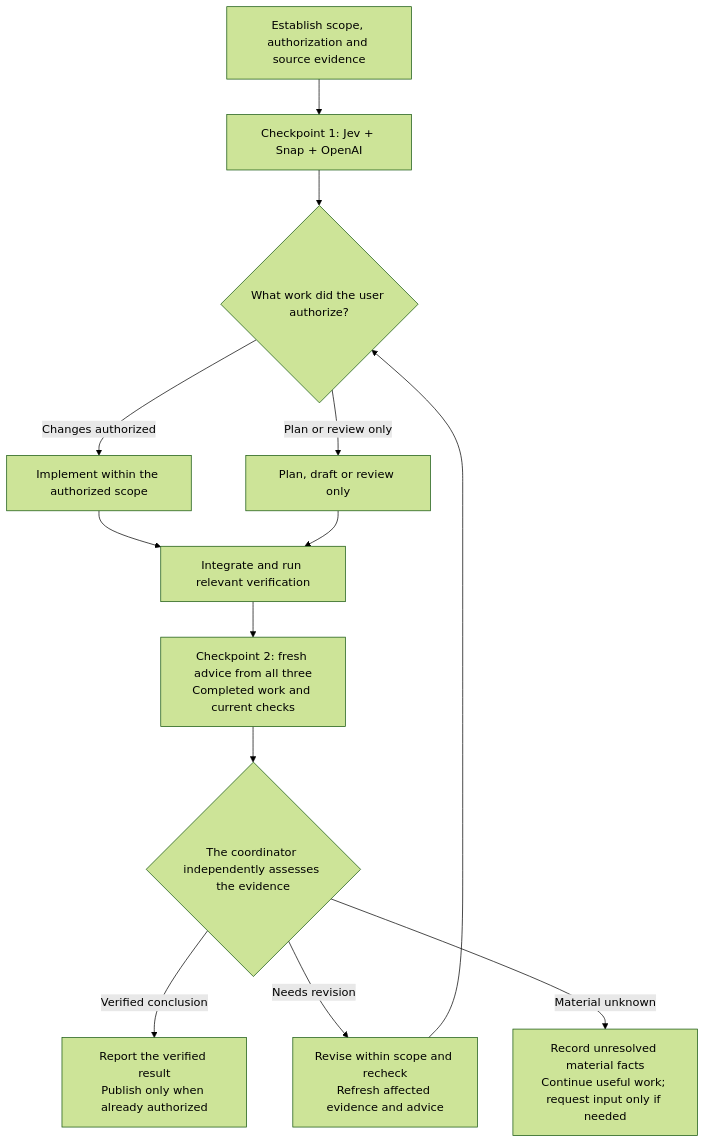
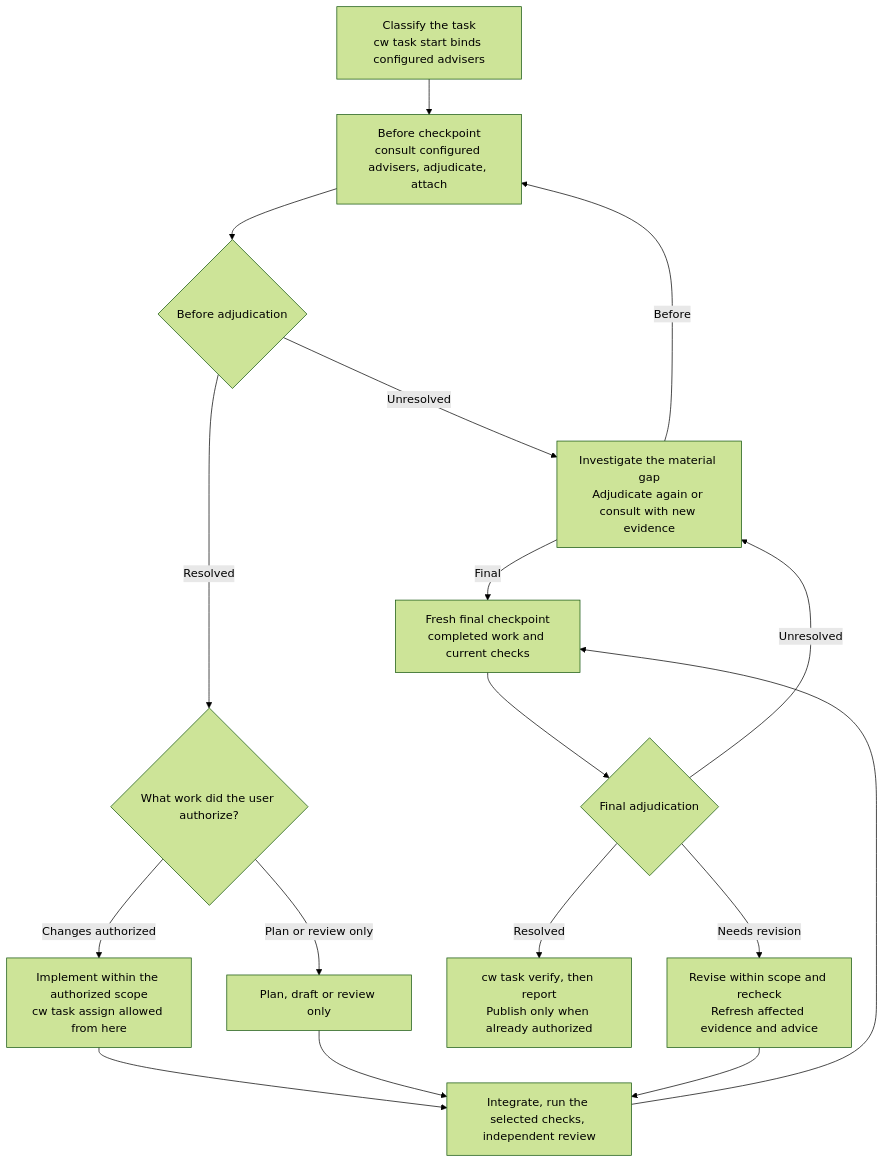
The first of 2 diagrams in docs/decision-flow.md (belevtsev/agent-workflows), drawn with Mermaid (forest theme) before and after one commit. The commit also changed other lines of this file and 272 other files, not shown here.

````diff
--- a/docs/decision-flow.md
+++ b/docs/decision-flow.md
@@ -14,25 +19,30 @@
 ```mermaid
 flowchart TD
-    Scope[Establish scope, authorization and source evidence]
-    First[Checkpoint 1: Jev + Snap + OpenAI]
+    Classify[Classify the task<br/>cw task start binds configured advisers]
+    Before[Before checkpoint<br/>consult configured advisers, adjudicate, attach]
+    BeforeOK{Before adjudication}
     Mode{What work did the user authorize?}
-    Build[Implement within the authorized scope]
+    Build[Implement within the authorized scope<br/>cw task assign allowed from here]
     Draft[Plan, draft or review only]
-    Check[Integrate and run relevant verification]
-    Final[Checkpoint 2: fresh advice from all three<br/>Completed work and current checks]
-    Decide{The coordinator independently assesses the evidence}
-    Ready[Report the verified result<br/>Publish only when already authorized]
+    Check[Integrate, run the selected checks, independent review]
+    Final[Fresh final checkpoint<br/>completed work and current checks]
+    FinalOK{Final adjudication}
+    Ready[cw task verify, then report<br/>Publish only when already authorized]
     Rework[Revise within scope and recheck<br/>Refresh affected evidence and advice]
-    Unknown[Record unresolved material facts<br/>Continue useful work; request input only if needed]
+    Gap[Investigate the material gap<br/>Adjudicate again or consult with new evidence]
 
-    Scope --> First --> Mode
+    Classify --> Before --> BeforeOK
+    BeforeOK -->|Unresolved| Gap
+    BeforeOK -->|Resolved| Mode
     Mode -->|Changes authorized| Build
     Mode -->|Plan or review only| Draft
     Build --> Check
     Draft --> Check
-    Check --> Final --> Decide
-    Decide -->|Verified conclusion| Ready
-    Decide -->|Needs revision| Rework
-    Rework --> Mode
-    Decide -->|Material unknown| Unknown
+    Check --> Final --> FinalOK
+    FinalOK -->|Resolved| Ready
+    FinalOK -->|Unresolved| Gap
+    FinalOK -->|Needs revision| Rework
+    Rework --> Check
+    Gap -->|Before| Before
+    Gap -->|Final| Final
 ```
````
